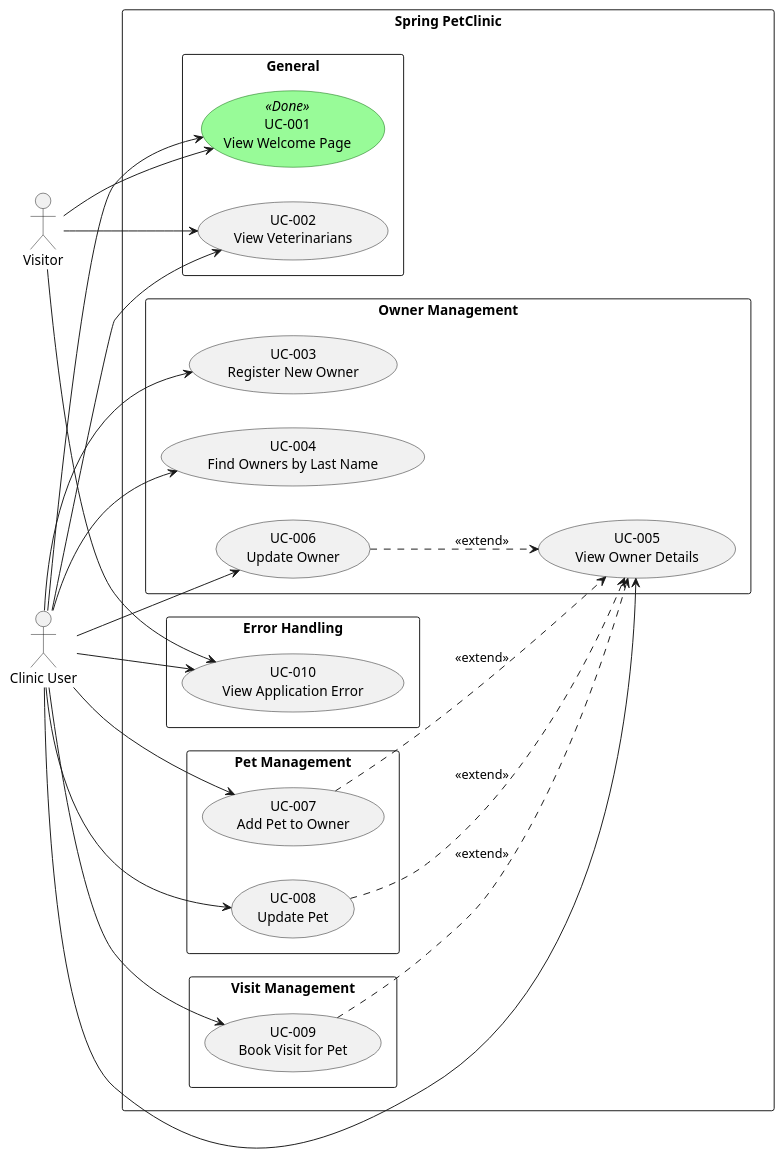
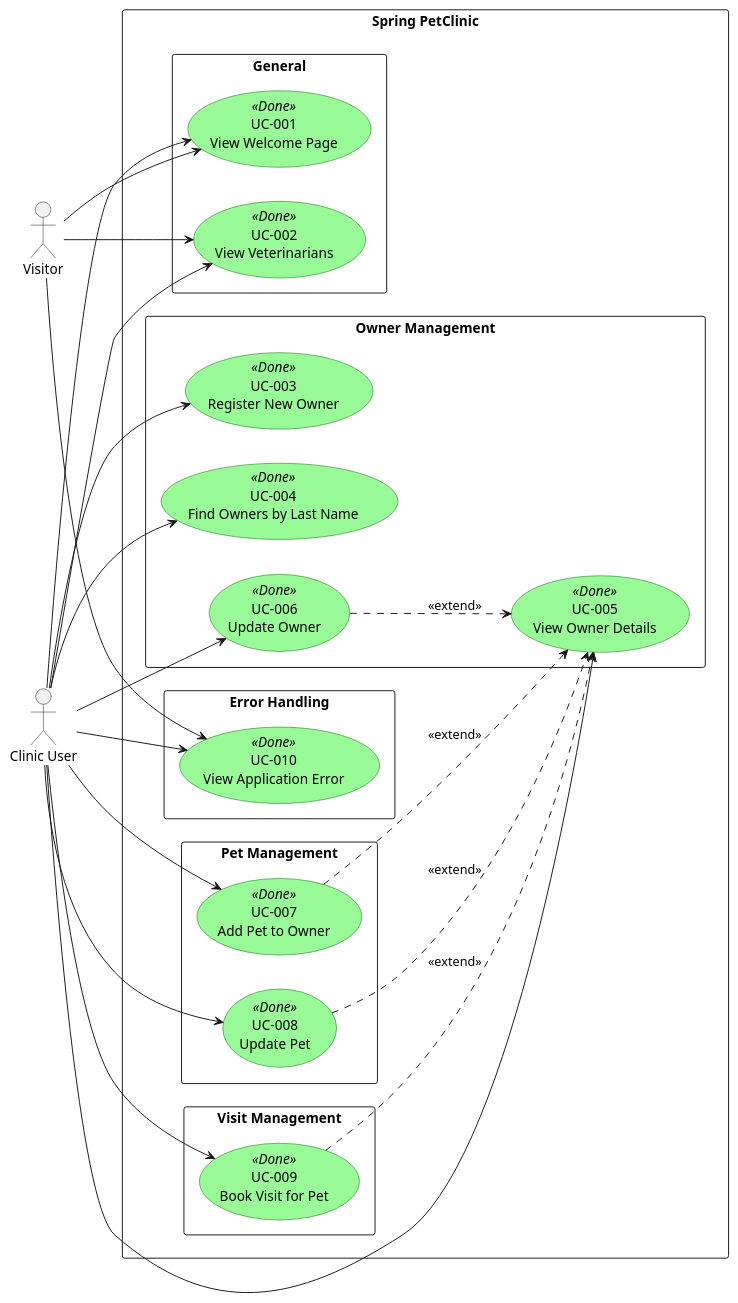
One commit to AI-Unified-Process/petclinic changed the diagram in docs/use_cases.puml. Above: the diagram before and after it, drawn with PlantUML. The commit also changed 68 other files, not shown here.

```diff
--- a/docs/use_cases.puml
+++ b/docs/use_cases.puml
@@ -1,63 +1,63 @@
 @startuml Use Cases Overview
 left to right direction
 skinparam packageStyle rectangle
 skinparam usecase {
     BackgroundColor<<Done>> PaleGreen
     BorderColor<<Done>> DarkGreen
 }
 
 actor "Visitor" as visitor
 actor "Clinic User" as user
 
 rectangle "Spring PetClinic" {
 
     package "General" {
         usecase "UC-001\nView Welcome Page" as UC001 <<Done>>
-        usecase "UC-002\nView Veterinarians" as UC002
+        usecase "UC-002\nView Veterinarians" as UC002 <<Done>>
     }
 
     package "Owner Management" {
-        usecase "UC-003\nRegister New Owner" as UC003
-        usecase "UC-004\nFind Owners by Last Name" as UC004
-        usecase "UC-005\nView Owner Details" as UC005
-        usecase "UC-006\nUpdate Owner" as UC006
+        usecase "UC-003\nRegister New Owner" as UC003 <<Done>>
+        usecase "UC-004\nFind Owners by Last Name" as UC004 <<Done>>
+        usecase "UC-005\nView Owner Details" as UC005 <<Done>>
+        usecase "UC-006\nUpdate Owner" as UC006 <<Done>>
     }
 
     package "Pet Management" {
-        usecase "UC-007\nAdd Pet to Owner" as UC007
-        usecase "UC-008\nUpdate Pet" as UC008
+        usecase "UC-007\nAdd Pet to Owner" as UC007 <<Done>>
+        usecase "UC-008\nUpdate Pet" as UC008 <<Done>>
     }
 
     package "Visit Management" {
-        usecase "UC-009\nBook Visit for Pet" as UC009
+        usecase "UC-009\nBook Visit for Pet" as UC009 <<Done>>
     }
 
     package "Error Handling" {
-        usecase "UC-010\nView Application Error" as UC010
+        usecase "UC-010\nView Application Error" as UC010 <<Done>>
     }
 }
 
 ' Visitor — anonymous, read-only access
 visitor --> UC001
 visitor --> UC002
 visitor --> UC010
 
 ' Clinic User — inherits visitor access plus management use cases
 user --> UC001
 user --> UC002
 user --> UC003
 user --> UC004
 user --> UC005
 user --> UC006
 user --> UC007
 user --> UC008
 user --> UC009
 user --> UC010
 
 ' Relationships
 UC007 ..> UC005 : <<extend>>
 UC008 ..> UC005 : <<extend>>
 UC009 ..> UC005 : <<extend>>
 UC006 ..> UC005 : <<extend>>
 
 @enduml
```
